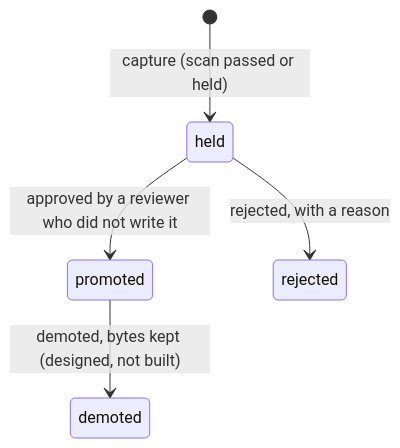
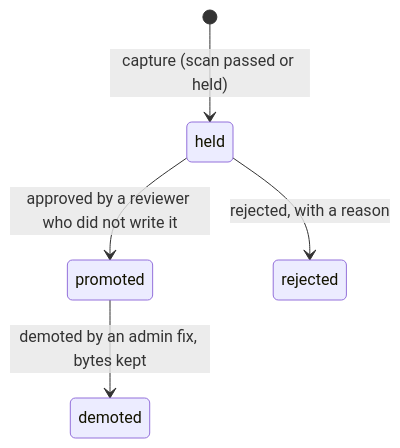
Before and after one commit to e8kor/open-memory-lab: the diagram in docs/architecture/admission.md, drawn with Mermaid. The commit also changed other lines of this file and 21 other files, not shown here.

````diff
--- a/docs/architecture/admission.md
+++ b/docs/architecture/admission.md
@@ -23,7 +23,7 @@
 ```mermaid
 stateDiagram-v2
     [*] --> held : capture (scan passed or held)
     held --> promoted : approved by a reviewer who did not write it
     held --> rejected : rejected, with a reason
-    promoted --> demoted : demoted, bytes kept (designed, not built)
+    promoted --> demoted : demoted by an admin fix, bytes kept
 ```
````
